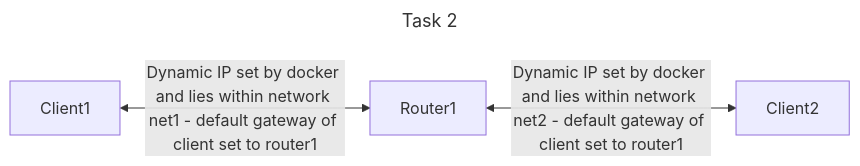
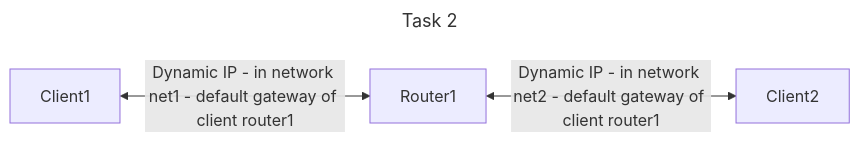
The diagram in Task-2/README.md (cakossowski/Ipo-Tasks), drawn with Mermaid before and after one commit.

Commit message:
Update README.md
- cut parts of mermaid chart to make it fit the screen better and to improve readability

````diff
--- a/Task-2/README.md
+++ b/Task-2/README.md
@@ -17,9 +17,9 @@
 ```mermaid
 ---
 title: Task 2
 ---
 flowchart LR
-    Client1<-->|Dynamic IP set by docker and lies within network net1 - default gateway of client set to router1|Router1
-    Router1<-->|Dynamic IP set by docker and lies within network net2 - default gateway of client set to router1|Client2
+    Client1<-->|Dynamic IP - in network net1 - default gateway of client router1|Router1
+    Router1<-->|Dynamic IP - in network net2 - default gateway of client router1|Client2
 
 ```
````
